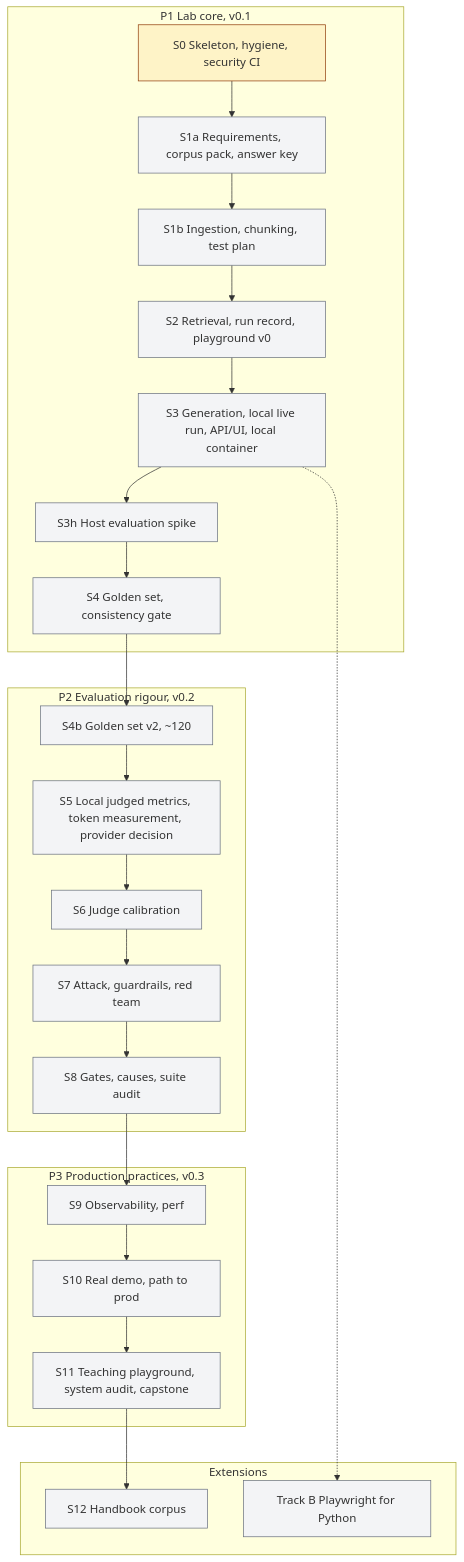
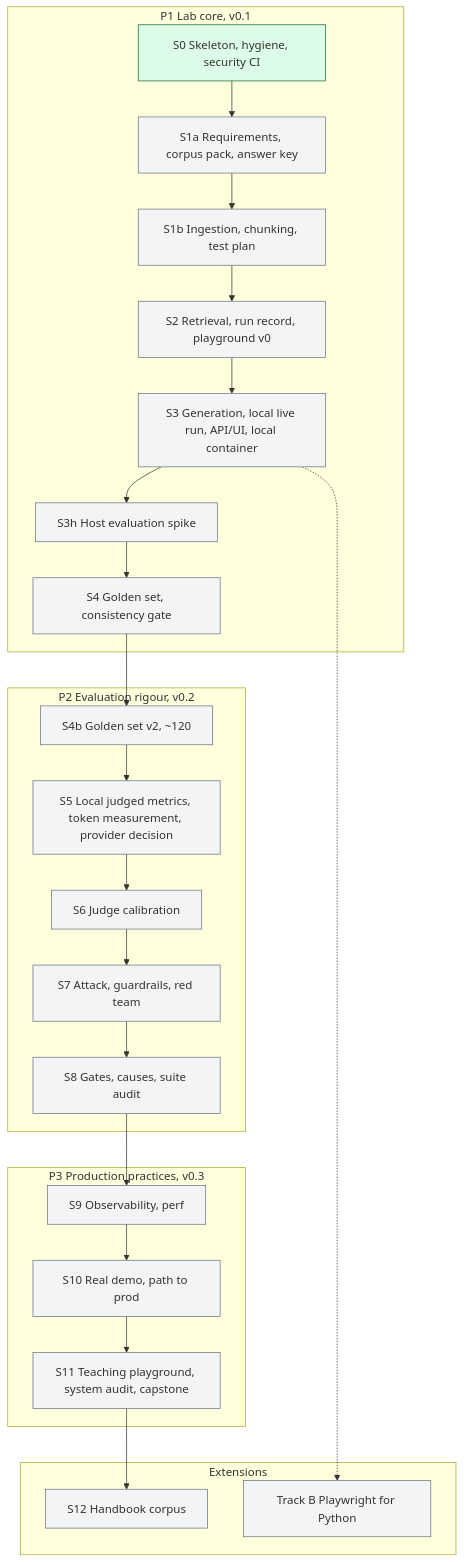
Before and after one commit to willcoliveira/ai-testing-rag-lab: the diagram in README.md, drawn with Mermaid. The commit also changed 2 other files, not shown here.

Commit message:
docs(s0): record developer evidence and mark S0 done in the progress map

````diff
--- a/README.md
+++ b/README.md
@@ -21,25 +21,25 @@
 ```mermaid
 flowchart TB
   subgraph P1[P1 Lab core, v0.1]
     S0[S0 Skeleton, hygiene, security CI] --> S1a[S1a Requirements, corpus pack, answer key] --> S1b[S1b Ingestion, chunking, test plan] --> S2[S2 Retrieval, run record, playground v0] --> S3[S3 Generation, local live run, API/UI, local container] --> S3h[S3h Host evaluation spike] --> S4[S4 Golden set, consistency gate]
   end
   subgraph P2[P2 Evaluation rigour, v0.2]
     S4b[S4b Golden set v2, ~120] --> S5[S5 Local judged metrics, token measurement, provider decision] --> S6[S6 Judge calibration] --> S7[S7 Attack, guardrails, red team] --> S8[S8 Gates, causes, suite audit]
   end
   subgraph P3[P3 Production practices, v0.3]
     S9[S9 Observability, perf] --> S10[S10 Real demo, path to prod] --> S11[S11 Teaching playground, system audit, capstone]
   end
   subgraph EXT[Extensions]
     S12[S12 Handbook corpus]
     B[Track B Playwright for Python]
   end
   S4 --> S4b
   S8 --> S9
   S11 --> S12
   S3 -.-> B
   classDef todo fill:#f3f4f6,stroke:#6b7280
   classDef wip fill:#fef3c7,stroke:#92400e
   classDef done fill:#dcfce7,stroke:#166534
-  class S0 wip
+  class S0 done
   class S1a,S1b,S2,S3,S3h,S4,S4b,S5,S6,S7,S8,S9,S10,S11,S12,B todo
 ```
````
